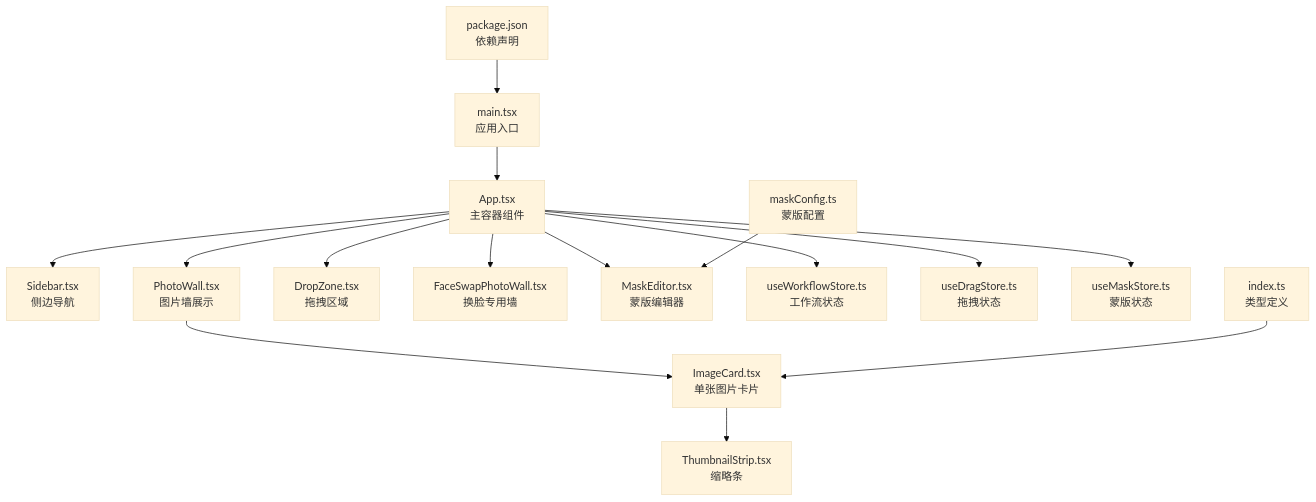
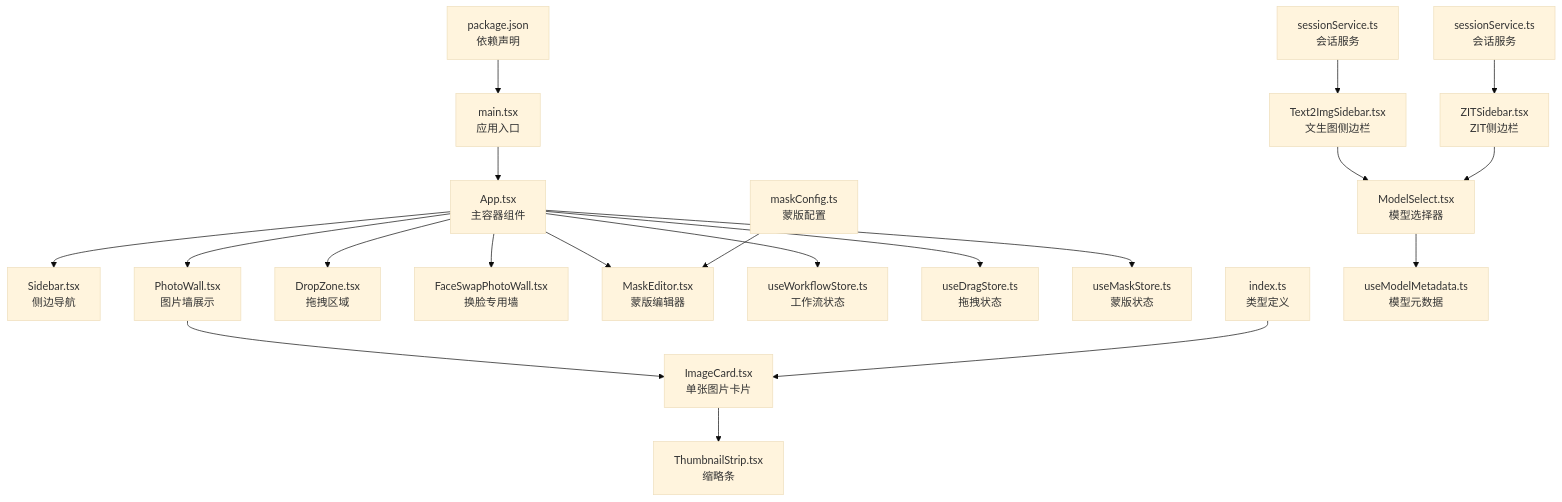
Before and after one commit to billye220670/CorineKit_Pix2Real: the first of 10 diagrams in .qoder/repowiki/zh/content/前端应用/React 组件体系.md, drawn with Mermaid (base theme). The commit also changed other lines of this file and 43 other files, not shown here.

````diff
--- a/.qoder/repowiki/zh/content/前端应用/React 组件体系.md
+++ b/.qoder/repowiki/zh/content/前端应用/React 组件体系.md
@@ -40,17 +47,22 @@
 ```mermaid
 graph TB
 A["main.tsx<br/>应用入口"] --> B["App.tsx<br/>主容器组件"]
 B --> C["Sidebar.tsx<br/>侧边导航"]
 B --> D["PhotoWall.tsx<br/>图片墙展示"]
 B --> E["DropZone.tsx<br/>拖拽区域"]
 B --> F["FaceSwapPhotoWall.tsx<br/>换脸专用墙"]
 D --> G["ImageCard.tsx<br/>单张图片卡片"]
 G --> H["ThumbnailStrip.tsx<br/>缩略条"]
 B --> I["MaskEditor.tsx<br/>蒙版编辑器"]
 B --> J["useWorkflowStore.ts<br/>工作流状态"]
 B --> K["useDragStore.ts<br/>拖拽状态"]
 B --> L["useMaskStore.ts<br/>蒙版状态"]
 M["maskConfig.ts<br/>蒙版配置"] --> I
 N["index.ts<br/>类型定义"] --> G
 O["package.json<br/>依赖声明"] --> A
+P["ModelSelect.tsx<br/>模型选择器"] --> Q["useModelMetadata.ts<br/>模型元数据"]
+R["Text2ImgSidebar.tsx<br/>文生图侧边栏"] --> P
+S["ZITSidebar.tsx<br/>ZIT侧边栏"] --> P
+T["sessionService.ts<br/>会话服务"] --> R
+U["sessionService.ts<br/>会话服务"] --> S
 ```
````
